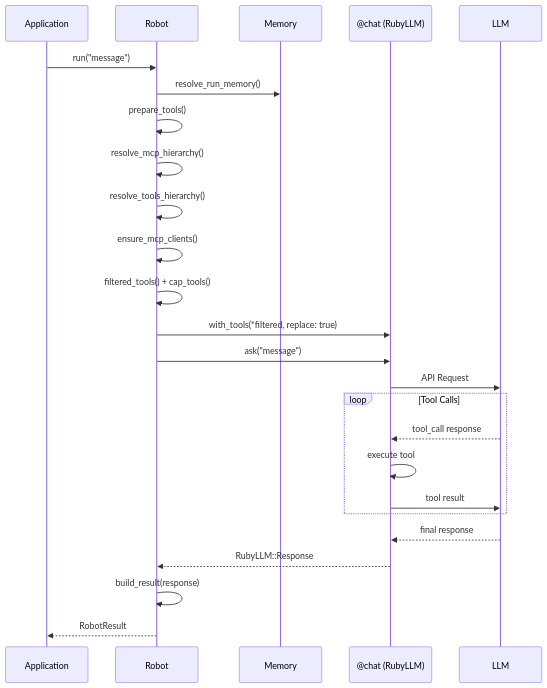
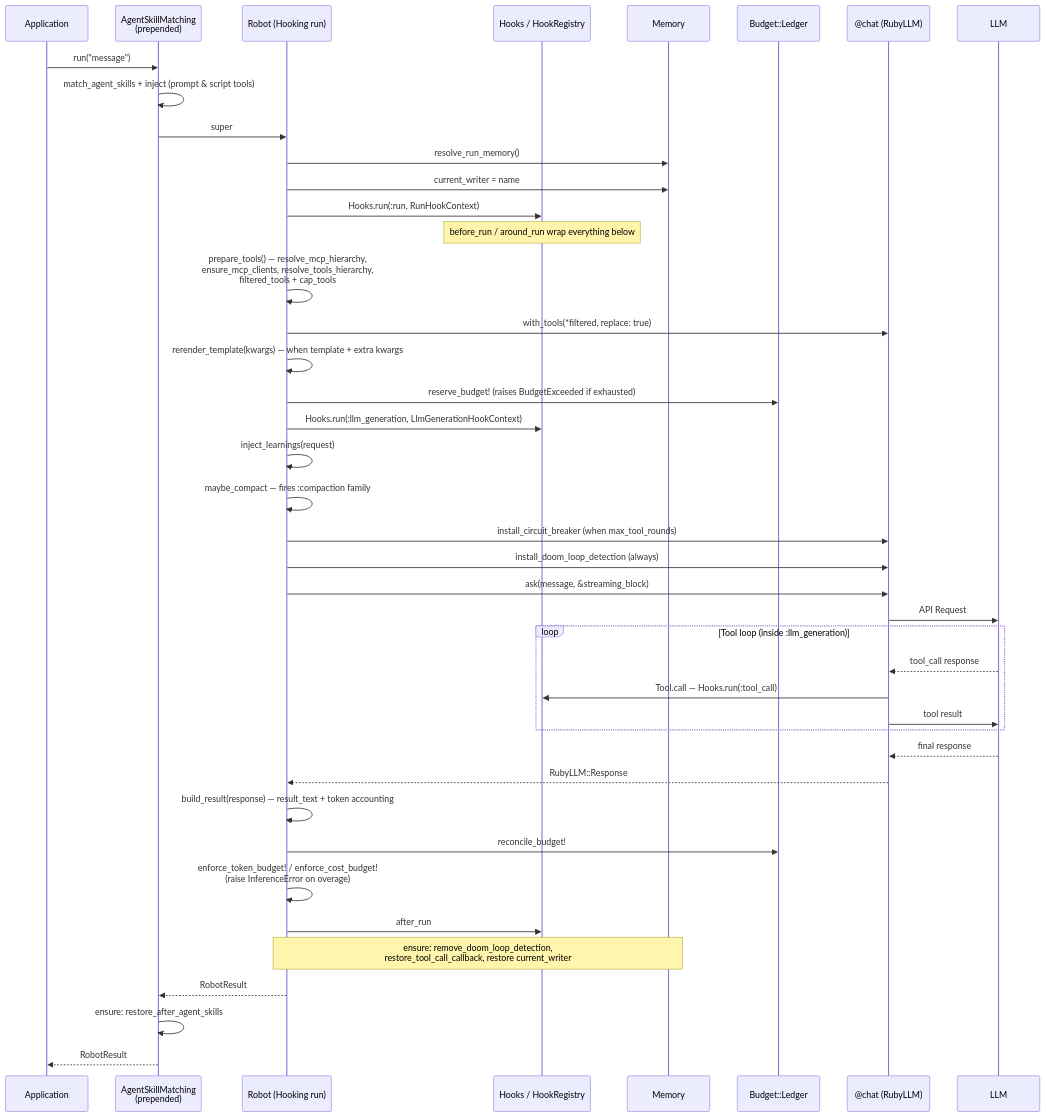
The first of 2 diagrams in docs/architecture/robot-execution.md (MadBomber/robot_lab), drawn with Mermaid before and after one commit. The commit also changed other lines of this file and 12 other files, not shown here.

````diff
--- a/docs/architecture/robot-execution.md
+++ b/docs/architecture/robot-execution.md
@@ -9,30 +9,50 @@
 ```mermaid
 sequenceDiagram
     participant App as Application
-    participant Robot
+    participant Skills as AgentSkillMatching<br/>(prepended)
+    participant Robot as Robot (Hooking run)
+    participant Hooks as Hooks / HookRegistry
     participant Memory
+    participant Ledger as Budget::Ledger
     participant Chat as @chat (RubyLLM)
     participant LLM
 
-    App->>Robot: run("message")
+    App->>Skills: run("message")
+    Skills->>Skills: match_agent_skills + inject (prompt & script tools)
+    Skills->>Robot: super
+
     Robot->>Memory: resolve_run_memory()
-    Robot->>Robot: prepare_tools()
-    Robot->>Robot: resolve_mcp_hierarchy()
-    Robot->>Robot: resolve_tools_hierarchy()
-    Robot->>Robot: ensure_mcp_clients()
-    Robot->>Robot: filtered_tools() + cap_tools()
+    Robot->>Memory: current_writer = name
+    Robot->>Hooks: Hooks.run(:run, RunHookContext)
+    Note over Hooks: before_run / around_run wrap everything below
+
+    Robot->>Robot: prepare_tools() — resolve_mcp_hierarchy,<br/>ensure_mcp_clients, resolve_tools_hierarchy,<br/>filtered_tools + cap_tools
     Robot->>Chat: with_tools(*filtered, replace: true)
-    Robot->>Chat: ask("message")
+    Robot->>Robot: rerender_template(kwargs) — when template + extra kwargs
+    Robot->>Ledger: reserve_budget! (raises BudgetExceeded if exhausted)
+
+    Robot->>Hooks: Hooks.run(:llm_generation, LlmGenerationHookContext)
+    Robot->>Robot: inject_learnings(request)
+    Robot->>Robot: maybe_compact — fires :compaction family
+    Robot->>Chat: install_circuit_breaker (when max_tool_rounds)
+    Robot->>Chat: install_doom_loop_detection (always)
+    Robot->>Chat: ask(message, &streaming_block)
     Chat->>LLM: API Request
 
-    loop Tool Calls
+    loop Tool loop (inside :llm_generation)
         LLM-->>Chat: tool_call response
-        Chat->>Chat: execute tool
+        Chat->>Hooks: Tool.call — Hooks.run(:tool_call)
         Chat->>LLM: tool result
     end
 
     LLM-->>Chat: final response
     Chat-->>Robot: RubyLLM::Response
-    Robot->>Robot: build_result(response)
-    Robot-->>App: RobotResult
+    Robot->>Robot: build_result(response) — result_text + token accounting
+    Robot->>Ledger: reconcile_budget!
+    Robot->>Robot: enforce_token_budget! / enforce_cost_budget!<br/>(raise InferenceError on overage)
+    Robot->>Hooks: after_run
+    Note over Robot,Memory: ensure: remove_doom_loop_detection,<br/>restore_tool_call_callback, restore current_writer
+    Robot-->>Skills: RobotResult
+    Skills->>Skills: ensure: restore_after_agent_skills
+    Skills-->>App: RobotResult
 ```
````
